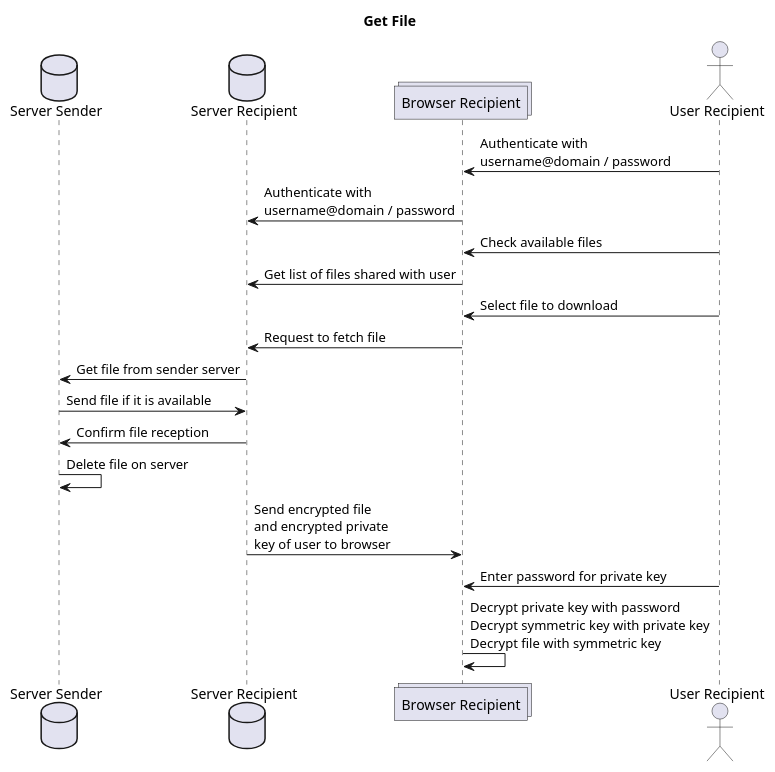
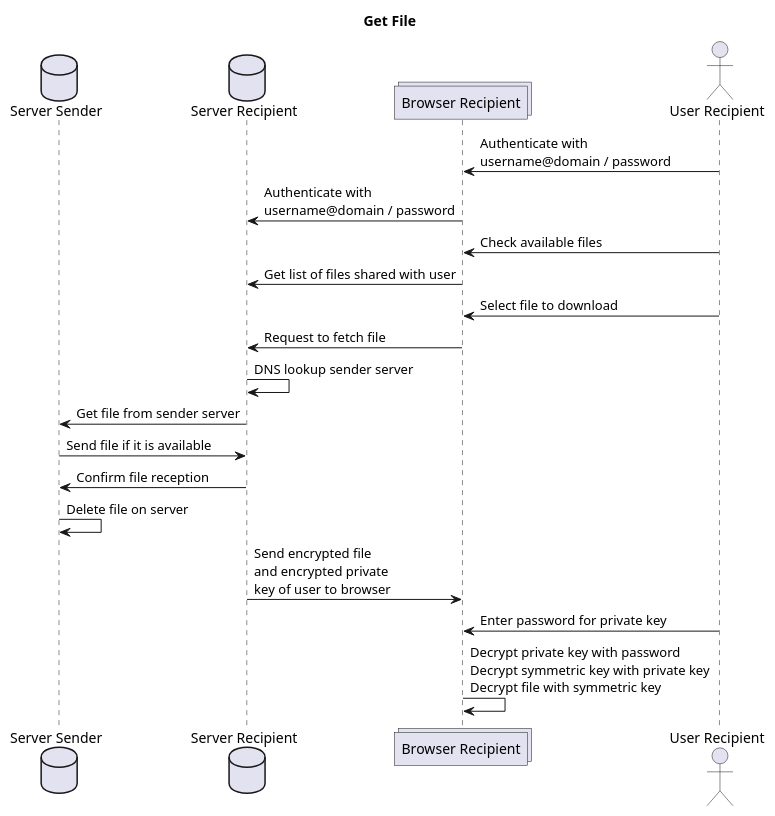
Before and after one commit to BananaTransfer/BananaTransfer: the diagram in documents/umls/get_file.puml, drawn with PlantUML. The commit also changed 4 other files, not shown here.

Commit message:
work on the architecture and system documentation #14

```diff
--- a/documents/umls/get_file.puml
+++ b/documents/umls/get_file.puml
@@ -1,22 +1,23 @@
 @startuml
 title Get File
 
 database "Server Sender" as srvs
 database "Server Recipient" as srvr
 collections "Browser Recipient" as brwr
 actor "User Recipient" as usrr
 
 usrr -> brwr: Authenticate with \nusername@domain / password
 brwr -> srvr: Authenticate with \nusername@domain / password
 usrr -> brwr: Check available files
 brwr -> srvr: Get list of files shared with user
 usrr -> brwr: Select file to download
 brwr -> srvr: Request to fetch file
+srvr -> srvr: DNS lookup sender server
 srvr -> srvs: Get file from sender server
 srvs -> srvr: Send file if it is available
 srvr -> srvs: Confirm file reception
 srvs -> srvs: Delete file on server
 srvr -> brwr: Send encrypted file \nand encrypted private \nkey of user to browser
 usrr -> brwr: Enter password for private key
 brwr -> brwr: Decrypt private key with password \nDecrypt symmetric key with private key \nDecrypt file with symmetric key
 @enduml
```
